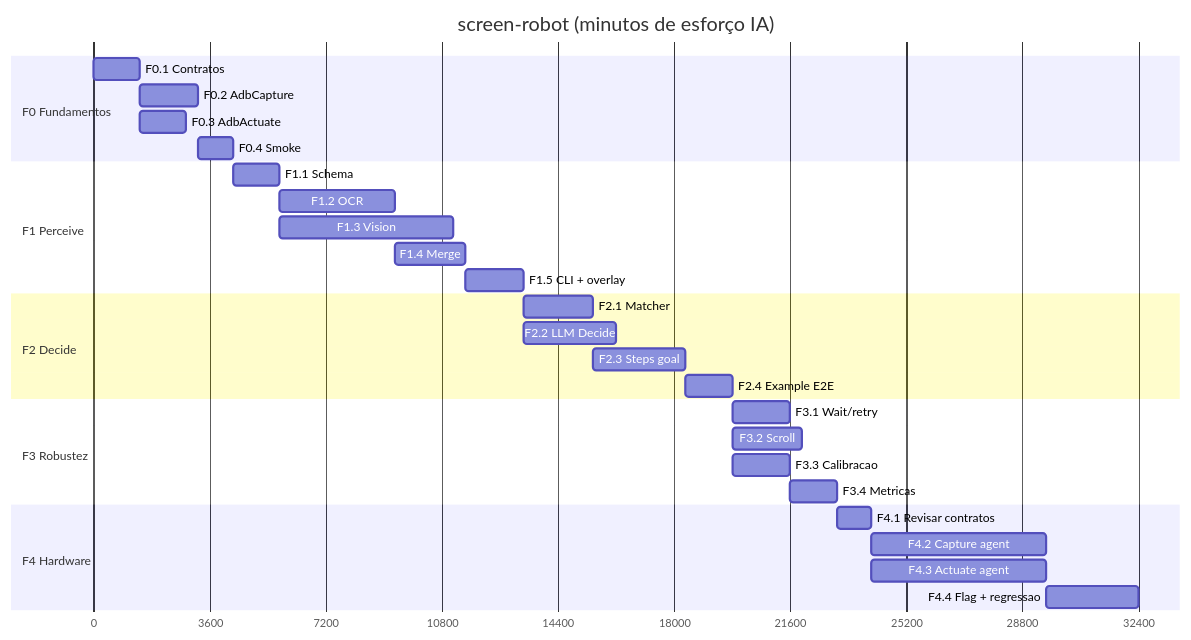
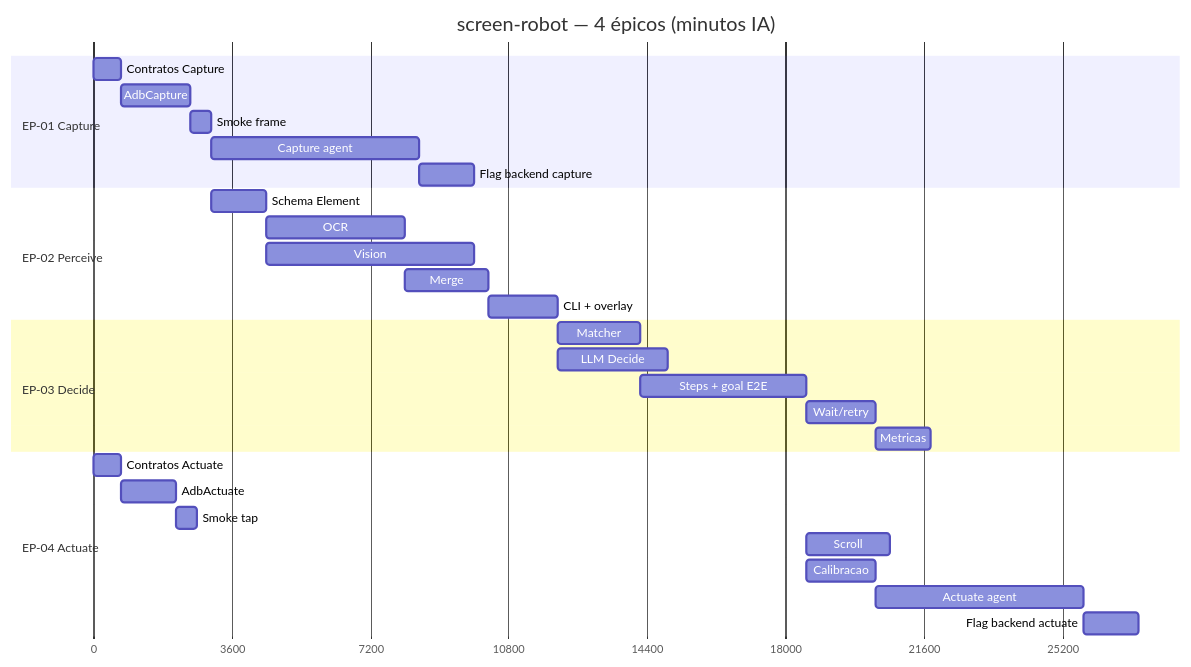
Before and after one commit to laerciogermano/workstation: the diagram in core/board/README.md, drawn with Mermaid. The commit also changed other lines of this file and 9 other files, not shown here.

Commit message:
Separa o screen-robot em 4 épicos: Capture, Perceive, Decide e Actuate.

````diff
--- a/core/board/README.md
+++ b/core/board/README.md
@@ -13,37 +14,36 @@
 ```mermaid
 gantt
-  title screen-robot (minutos de esforço IA)
+  title screen-robot — 4 épicos (minutos IA)
   dateFormat X
   axisFormat %s
 
-  section F0 Fundamentos
-  F0.1 Contratos           :a01, 0, 24m
-  F0.2 AdbCapture          :a02, after a01, 30m
-  F0.3 AdbActuate          :a03, after a01, 24m
-  F0.4 Smoke               :a04, after a02, 18m
+  section EP-01 Capture
+  Contratos Capture        :a01, 0, 12m
+  AdbCapture               :a02, after a01, 30m
+  Smoke frame              :a03, after a02, 9m
+  Capture agent            :a04, after a03, 90m
+  Flag backend capture     :a05, after a04, 24m
 
-  section F1 Perceive
-  F1.1 Schema              :b01, after a04, 24m
-  F1.2 OCR                 :b02, after b01, 60m
-  F1.3 Vision              :b03, after b01, 90m
-  F1.4 Merge               :b04, after b02, 36m
-  F1.5 CLI + overlay       :b05, after b04, 30m
+  section EP-02 Perceive
+  Schema Element           :b01, after a03, 24m
+  OCR                      :b02, after b01, 60m
+  Vision                   :b03, after b01, 90m
+  Merge                    :b04, after b02, 36m
+  CLI + overlay            :b05, after b04, 30m
 
-  section F2 Decide
-  F2.1 Matcher             :c01, after b05, 36m
-  F2.2 LLM Decide          :c02, after b05, 48m
-  F2.3 Steps goal          :c03, after c01, 48m
-  F2.4 Example E2E         :c04, after c03, 24m
+  section EP-03 Decide
+  Matcher                  :c01, after b05, 36m
+  LLM Decide               :c02, after b05, 48m
+  Steps + goal E2E         :c03, after c01, 72m
+  Wait/retry               :c04, after c03, 30m
+  Metricas                 :c05, after c04, 24m
 
-  section F3 Robustez
-  F3.1 Wait/retry          :d01, after c04, 30m
-  F3.2 Scroll              :d02, after c04, 36m
-  F3.3 Calibracao          :d03, after c04, 30m
-  F3.4 Metricas            :d04, after d01, 24m
-
-  section F4 Hardware
-  F4.1 Revisar contratos   :e01, after d04, 18m
-  F4.2 Capture agent       :e02, after e01, 90m
-  F4.3 Actuate agent       :e03, after e01, 90m
-  F4.4 Flag + regressao    :e04, after e02, 48m
+  section EP-04 Actuate
+  Contratos Actuate        :d01, 0, 12m
+  AdbActuate               :d02, after d01, 24m
+  Smoke tap                :d03, after d02, 9m
+  Scroll                   :d04, after c03, 36m
+  Calibracao               :d05, after c03, 30m
+  Actuate agent            :d06, after d05, 90m
+  Flag backend actuate     :d07, after d06, 24m
 ```
````
